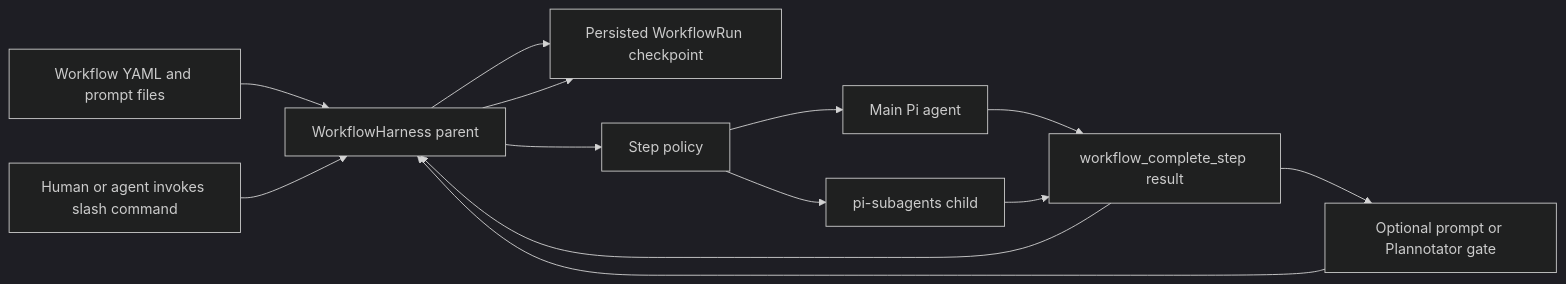
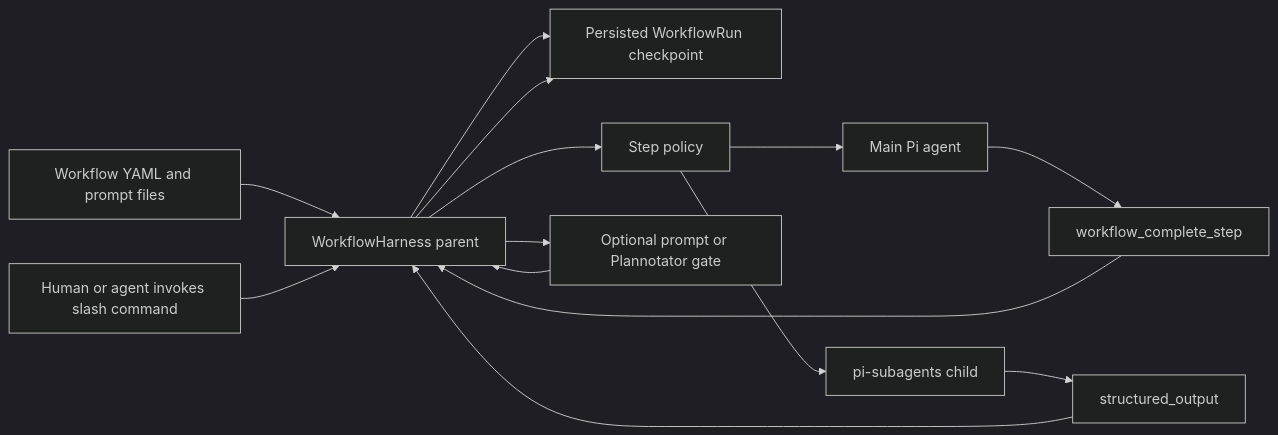
The second of 5 diagrams in openwiki/quickstart.md (wichayutdew/pi-workflows), drawn with Mermaid (dark theme) before and after one commit. The commit also changed other lines of this file and 57 other files, not shown here.

````diff
--- a/openwiki/quickstart.md
+++ b/openwiki/quickstart.md
@@ -27,25 +27,27 @@
 ```mermaid
 flowchart LR
   Human[Human or agent invokes slash command]
   Files[Workflow YAML and prompt files]
   Harness[WorkflowHarness parent]
   State[Persisted WorkflowRun checkpoint]
   Main[Main Pi agent]
   Child[pi-subagents child]
   Policy[Step policy]
-  Complete[workflow_complete_step result]
+  MainComplete[workflow_complete_step]
+  ChildComplete[structured_output]
   Gate[Optional prompt or Plannotator gate]
 
   Files --> Harness
   Human --> Harness
   Harness --> State
   Harness --> Policy
   Policy --> Main
   Policy --> Child
-  Main --> Complete
-  Child --> Complete
-  Complete --> Harness
-  Complete --> Gate
+  Main --> MainComplete
+  Child --> ChildComplete
+  MainComplete --> Harness
+  ChildComplete --> Harness
+  Harness --> Gate
   Gate --> Harness
   Harness --> State
 ```
````
